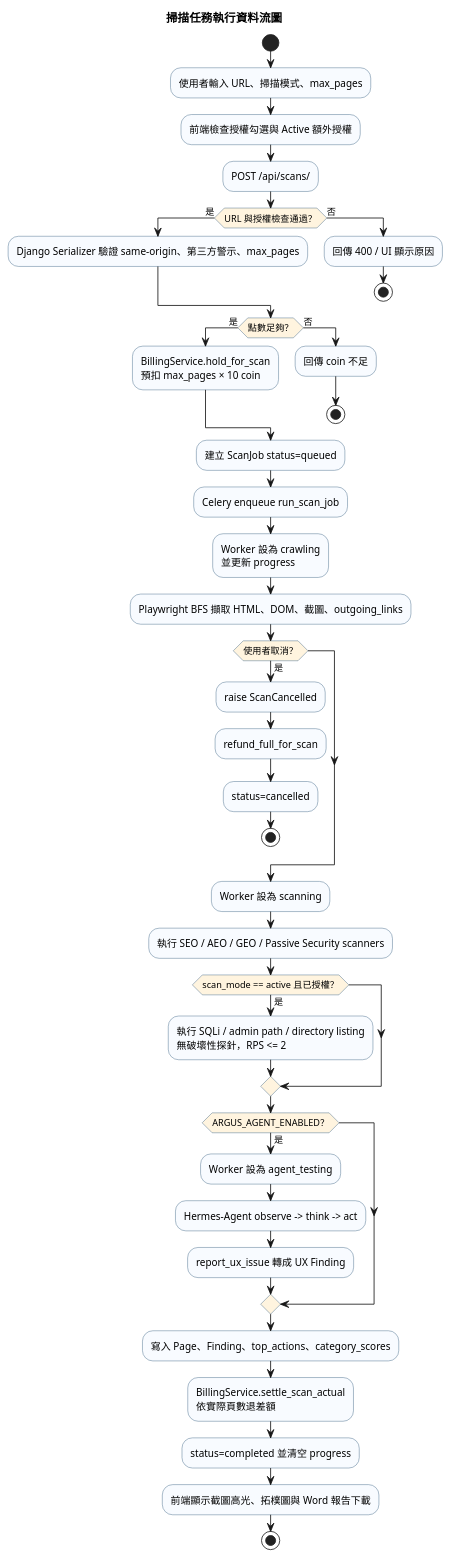
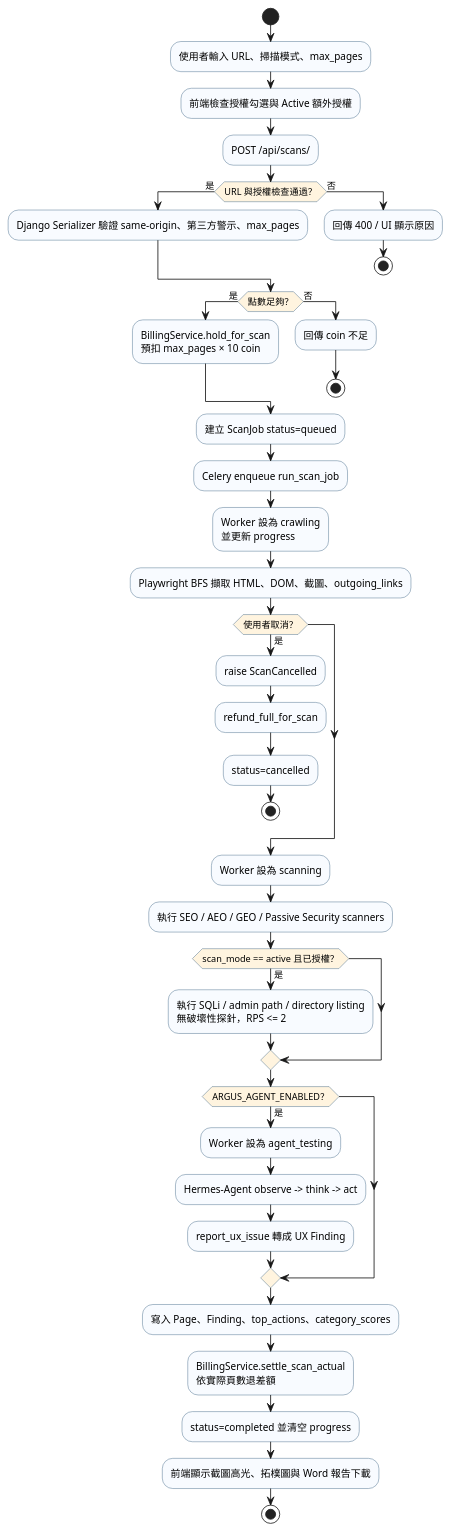
One commit to Djude1/Argus changed the second of 13 diagrams in PlantUML.md. Above: the diagram before and after it, drawn with PlantUML. The commit also changed other lines of this file, not shown here.

First line of the commit message:
fix: remove PlantUML title directives for compatibility

````diff
--- a/PlantUML.md
+++ b/PlantUML.md
@@ -96,62 +95,61 @@
 ```plantuml
 @startuml
-title 掃描任務執行資料流圖
 skinparam defaultFontName Microsoft JhengHei
 skinparam shadowing false
 skinparam activity {
   BackgroundColor #F8FBFF
   BorderColor #315a7d
   DiamondBackgroundColor #FFF4DF
 }
 
 start
 :使用者輸入 URL、掃描模式、max_pages;
 :前端檢查授權勾選與 Active 額外授權;
 :POST /api/scans/;
 
 if (URL 與授權檢查通過？) then (是)
   :Django Serializer 驗證 same-origin、第三方警示、max_pages;
 else (否)
   :回傳 400 / UI 顯示原因;
   stop
 endif
 
 if (點數足夠？) then (是)
   :BillingService.hold_for_scan\n預扣 max_pages × 10 coin;
 else (否)
   :回傳 coin 不足;
   stop
 endif
 
 :建立 ScanJob status=queued;
 :Celery enqueue run_scan_job;
 :Worker 設為 crawling\n並更新 progress;
 :Playwright BFS 擷取 HTML、DOM、截圖、outgoing_links;
 
 if (使用者取消？) then (是)
   :raise ScanCancelled;
   :refund_full_for_scan;
   :status=cancelled;
   stop
 endif
 
 :Worker 設為 scanning;
 :執行 SEO / AEO / GEO / Passive Security scanners;
 
 if (scan_mode == active 且已授權？) then (是)
   :執行 SQLi / admin path / directory listing\n無破壞性探針，RPS <= 2;
 endif
 
 if (ARGUS_AGENT_ENABLED？) then (是)
   :Worker 設為 agent_testing;
   :Hermes-Agent observe -> think -> act;
   :report_ux_issue 轉成 UX Finding;
 endif
 
 :寫入 Page、Finding、top_actions、category_scores;
 :BillingService.settle_scan_actual\n依實際頁數退差額;
 :status=completed 並清空 progress;
 :前端顯示截圖高光、拓樸圖與 Word 報告下載;
 stop
 @enduml
 ```
````
